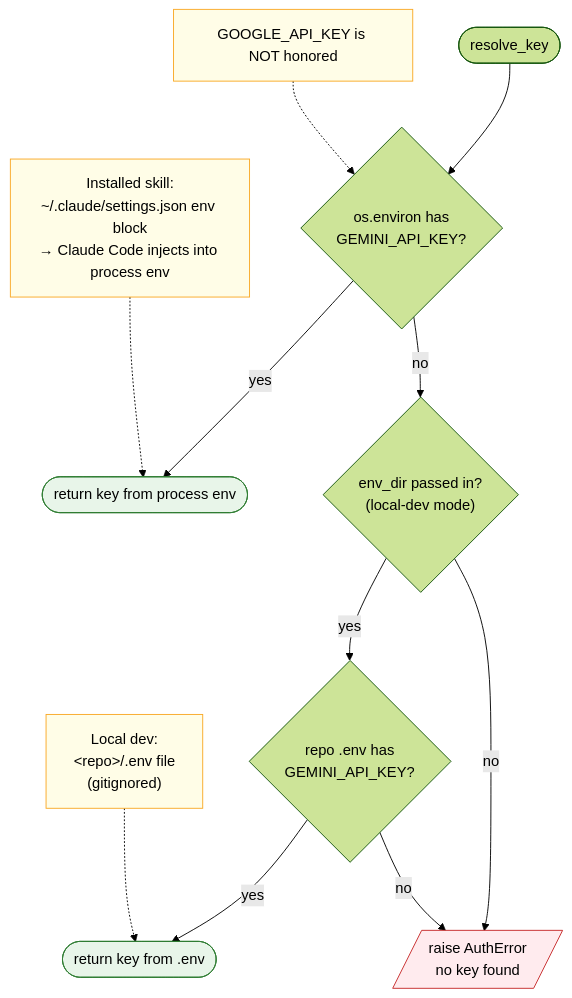
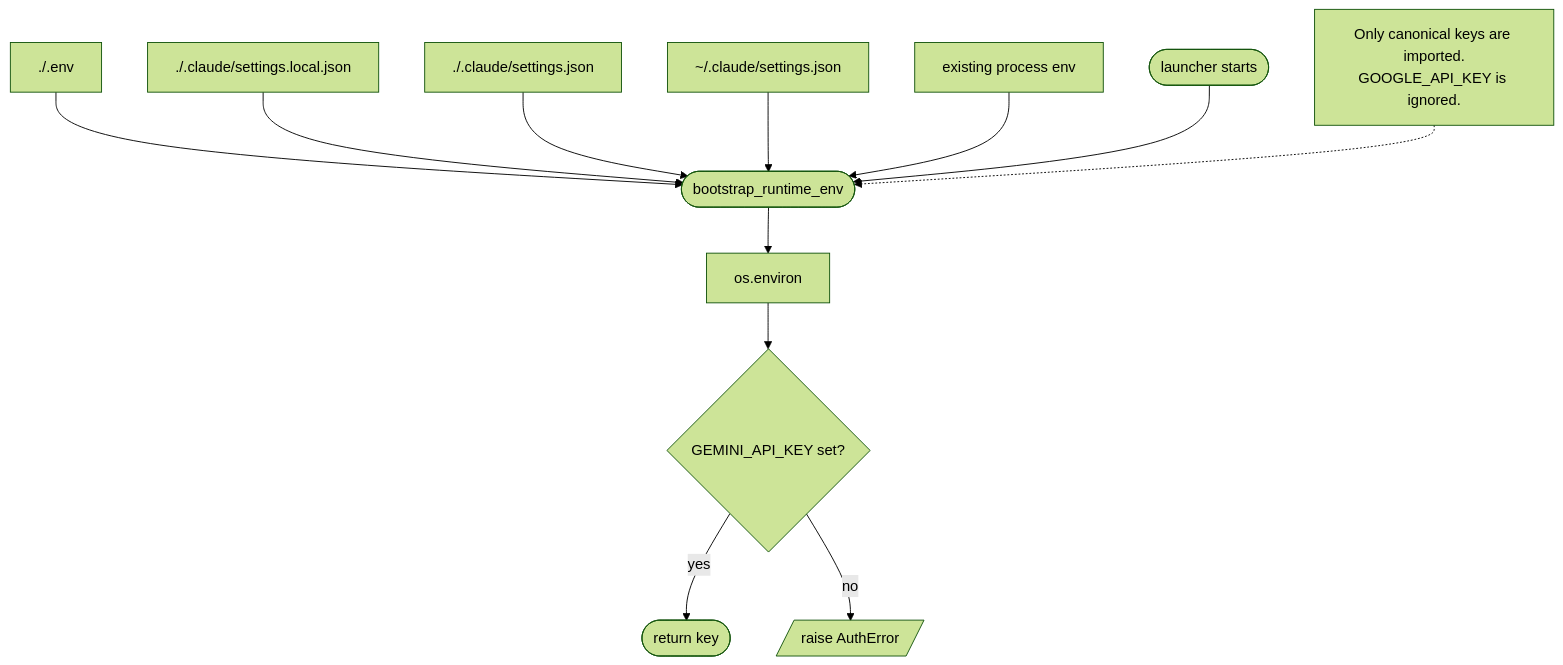
One commit to reshinto/gemini-skill changed the diagram in docs/diagrams/auth-resolution.mmd. Above: the diagram before and after it, drawn with Mermaid (forest theme). The commit also changed 32 other files, not shown here.

Commit message:
Add cwd env bootstrap and plan review command

```diff
--- a/docs/diagrams/auth-resolution.mmd
+++ b/docs/diagrams/auth-resolution.mmd
@@ -1,31 +1,28 @@
-%% GEMINI_API_KEY resolution precedence.
-%% Installed-skill mode reads from ~/.claude/settings.json via Claude
-%% Code → process env. Local-dev mode falls back to repo-root .env.
-%% GOOGLE_API_KEY is NOT honored — a single canonical name.
+%% Runtime env bootstrap precedence for canonical Gemini keys.
+%% The launcher resolves config from the current working directory, then
+%% writes the selected values into os.environ before auth/config code runs.
 flowchart TD
-    START([resolve_key])
-    ENV{"os.environ has<br/>GEMINI_API_KEY?"}
-    RETURN_ENV([return key from process env])
-    LOCAL{"env_dir passed in?<br/>(local-dev mode)"}
-    ENVFILE{"repo .env has<br/>GEMINI_API_KEY?"}
-    RETURN_FILE([return key from .env])
-    ERROR[/"raise AuthError<br/>no key found"/]
+    START([launcher starts])
+    DOTENV["./.env"]
+    LOCAL["./.claude/settings.local.json"]
+    SHARED["./.claude/settings.json"]
+    GLOBAL["~/.claude/settings.json"]
+    PROCESS["existing process env"]
+    BOOTSTRAP([bootstrap_runtime_env])
+    OSENV["os.environ"]
+    AUTH{"GEMINI_API_KEY set?"}
+    RETURN_KEY([return key])
+    ERROR[/"raise AuthError"/]
+    NOTE["Only canonical keys are imported.<br/>GOOGLE_API_KEY is ignored."]
 
-    START --> ENV
-    ENV -->|yes| RETURN_ENV
-    ENV -->|no| LOCAL
-    LOCAL -->|no| ERROR
-    LOCAL -->|yes| ENVFILE
-    ENVFILE -->|yes| RETURN_FILE
-    ENVFILE -->|no| ERROR
-
-    SOURCE1["Installed skill:<br/>~/.claude/settings.json env block<br/>→ Claude Code injects into process env"] -.-> RETURN_ENV
-    SOURCE2["Local dev:<br/>&lt;repo&gt;/.env file<br/>(gitignored)"] -.-> RETURN_FILE
-    NOTE["GOOGLE_API_KEY is NOT honored"] -.-> ENV
-
-    classDef ok fill:#e8f5e9,stroke:#2e7d32
-    classDef err fill:#ffebee,stroke:#c62828
-    classDef note fill:#fffde7,stroke:#f9a825
-    class RETURN_ENV,RETURN_FILE ok
-    class ERROR err
-    class SOURCE1,SOURCE2,NOTE note
+    DOTENV --> BOOTSTRAP
+    LOCAL --> BOOTSTRAP
+    SHARED --> BOOTSTRAP
+    GLOBAL --> BOOTSTRAP
+    PROCESS --> BOOTSTRAP
+    START --> BOOTSTRAP
+    BOOTSTRAP --> OSENV
+    OSENV --> AUTH
+    AUTH -->|yes| RETURN_KEY
+    AUTH -->|no| ERROR
+    NOTE -.-> BOOTSTRAP
```
